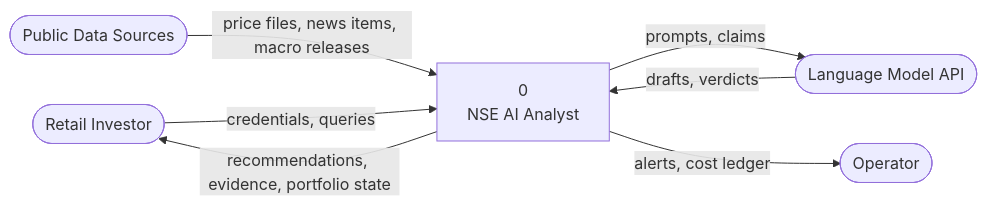
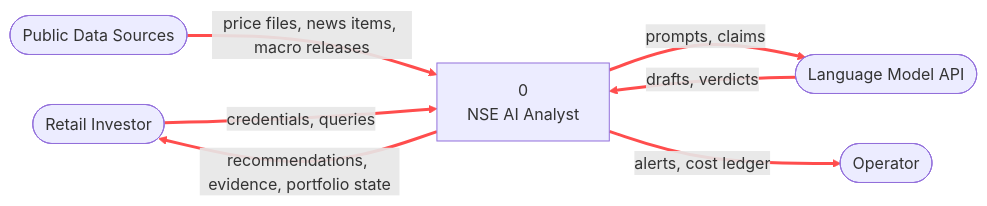
The diagram in context_level_data.mermaid (maina-kamau/nseaiprojectfiles), drawn with Mermaid before and after one commit.

Commit message:
Improve arrow visibility in context_level_data.mermaid
Enhanced visibility of arrows by adjusting color and stroke width for specified links.

```diff
--- a/context_level_data.mermaid
+++ b/context_level_data.mermaid
@@ -1,14 +1,17 @@
 flowchart LR
     INV([Retail Investor])
     SRC([Public Data Sources])
     LLM([Language Model API])
     OPR([Operator])
 
     P0["0<br/>NSE AI Analyst"]
 
     SRC -->|price files, news items, macro releases| P0
     P0 -->|prompts, claims| LLM
     LLM -->|drafts, verdicts| P0
     P0 -->|recommendations, evidence, portfolio state| INV
     INV -->|credentials, queries| P0
     P0 -->|alerts, cost ledger| OPR
+
+    %% Make arrows more visible: set color and stroke width for all links (indices 0..5)
+    linkStyle 0,1,2,3,4,5 stroke:#ff4d4d,stroke-width:3px
```
